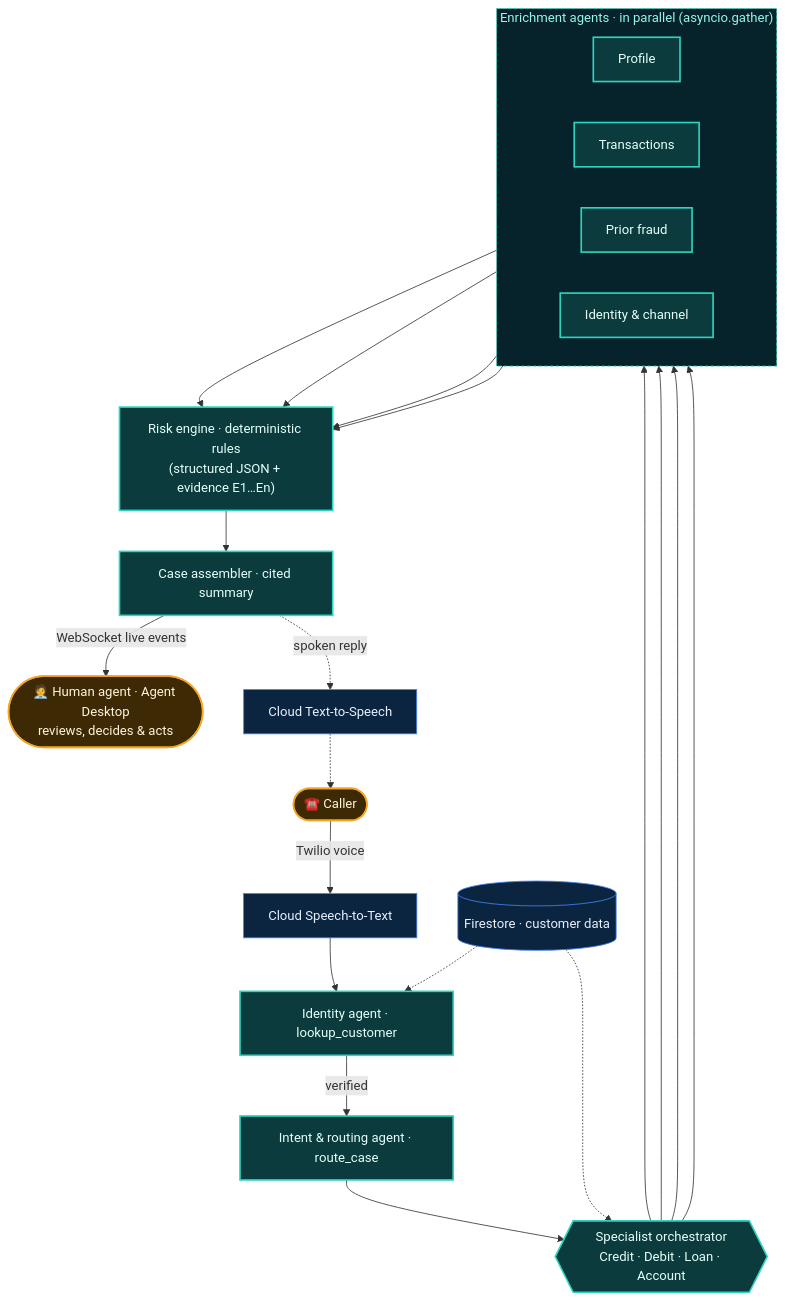
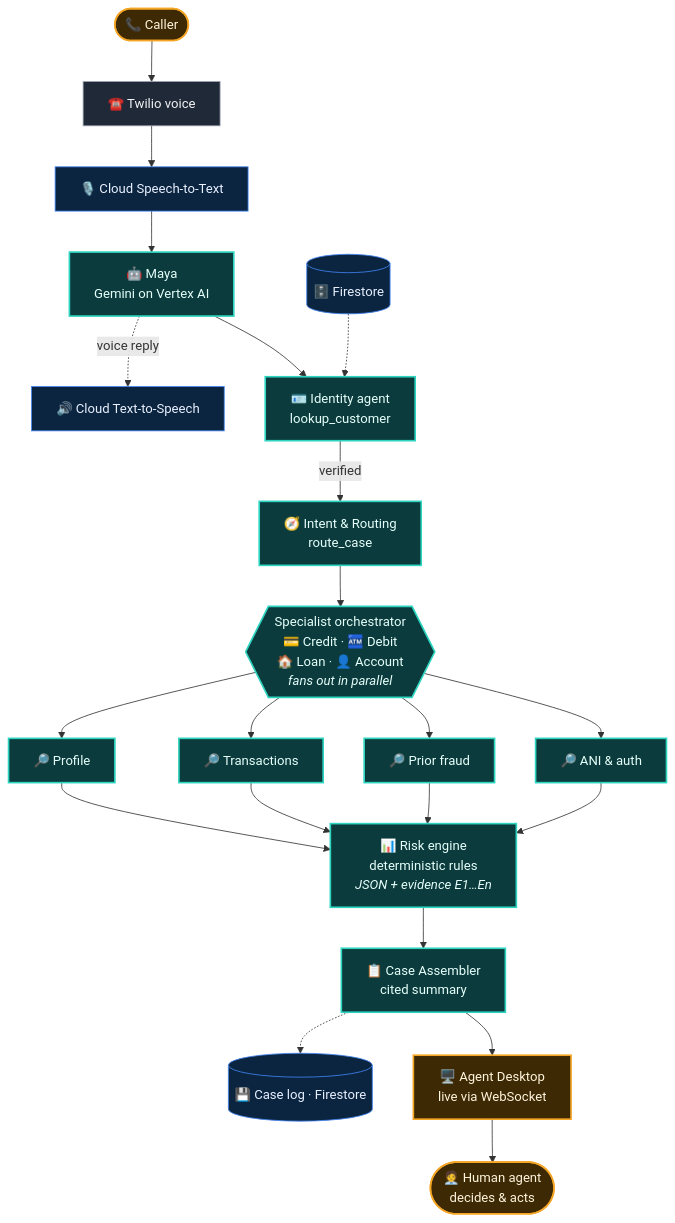
One commit to Aryaman-Pandey187/BFSI-CaseForge_AI-Team-Jurassic_Prompt changed the diagram in README.md. Above: the diagram before and after it, drawn with Mermaid. The commit also changed other lines of this file and 3 other files, not shown here.

````diff
--- a/README.md
+++ b/README.md
@@ -34,24 +23,19 @@
 ```mermaid
-flowchart TB
-    caller(["☎️ Caller"]):::human -->|Twilio voice| stt["Cloud Speech-to-Text"]:::gcp
-    stt --> idn["Identity agent · lookup_customer"]:::ai
-    idn -->|verified| intent["Intent & routing agent · route_case"]:::ai
-    intent --> orch{{"Specialist orchestrator<br/>Credit · Debit · Loan · Account"}}:::ai
-    subgraph fan ["Enrichment agents · in parallel (asyncio.gather)"]
-        direction LR
-        e1["Profile"]:::ai
-        e2["Transactions"]:::ai
-        e3["Prior fraud"]:::ai
-        e4["Identity & channel"]:::ai
-    end
-    orch --> e1 & e2 & e3 & e4
-    e1 & e2 & e3 & e4 --> risk["Risk engine · deterministic rules<br/>(structured JSON + evidence E1…En)"]:::ai
-    risk --> asm["Case assembler · cited summary"]:::ai
-    asm -->|"WebSocket live events"| desk(["🧑‍💼 Human agent · Agent Desktop<br/>reviews, decides & acts"]):::human
-    asm -.->|"spoken reply"| tts["Cloud Text-to-Speech"]:::gcp -.-> caller
-    fs[("Firestore · customer data")]:::gcp -.-> idn & orch
+flowchart TD
+    caller(["📞 Caller"]):::human --> twilio["☎️ Twilio voice"]:::ext --> stt["🎙️ Cloud Speech-to-Text"]:::gcp
+    stt --> maya["🤖 Maya<br/>Gemini on Vertex AI"]:::ai
+    maya -.->|voice reply| tts["🔊 Cloud Text-to-Speech"]:::gcp
+    maya --> idn["🪪 Identity agent<br/>lookup_customer"]:::ai
+    fs[("🗄️ Firestore")]:::gcp -.-> idn
+    idn -->|verified| intent["🧭 Intent & Routing<br/>route_case"]:::ai
+    intent --> orch{{"Specialist orchestrator<br/>💳 Credit · 🏧 Debit<br/>🏠 Loan · 👤 Account<br/><i>fans out in parallel</i>"}}:::ai
+    orch --> e1["🔎 Profile"]:::ai & e2["🔎 Transactions"]:::ai & e3["🔎 Prior fraud"]:::ai & e4["🔎 ANI & auth"]:::ai
+    e1 & e2 & e3 & e4 --> risk["📊 Risk engine<br/>deterministic rules<br/><i>JSON + evidence E1…En</i>"]:::ai
+    risk --> asm["📋 Case Assembler<br/>cited summary"]:::ai
+    asm -.-> log[("💾 Case log · Firestore")]:::gcp
+    asm --> desk["🖥️ Agent Desktop<br/>live via WebSocket"]:::human --> human(["🧑‍💼 Human agent<br/>decides & acts"]):::human
     classDef ai fill:#0b3b3c,stroke:#2dd4bf,color:#e6fffb,stroke-width:2px
     classDef human fill:#3d2a05,stroke:#f5a524,color:#fff4dc,stroke-width:2px
     classDef gcp fill:#0b2540,stroke:#4285f4,color:#e8f0fe
-    style fan fill:#06222a,stroke:#2dd4bf,stroke-dasharray:4 3,color:#99f6e4
+    classDef ext fill:#1f2937,stroke:#9ca3af,color:#f3f4f6
 ```
````
